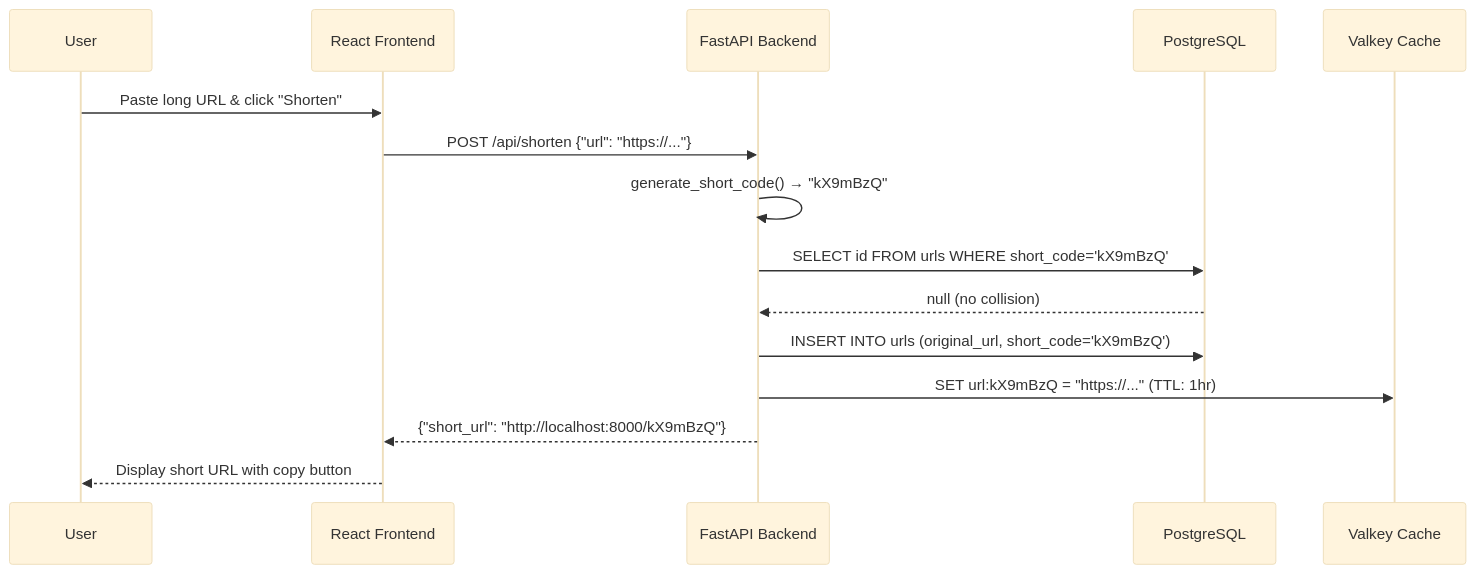
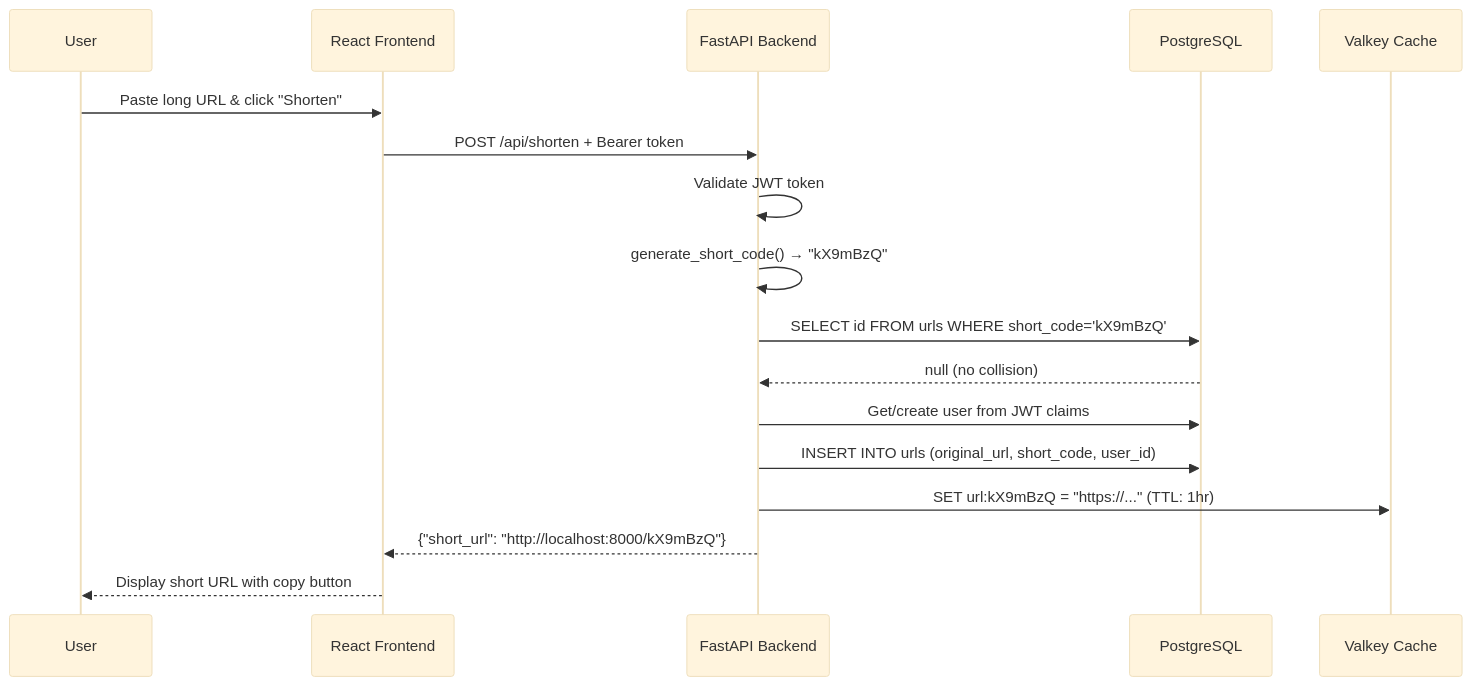
Before and after one commit to arjunraghurama/tiny-url: the third of 5 diagrams in docs/architecture.md, drawn with Mermaid (base theme). The commit also changed other lines of this file and 22 other files, not shown here.

````diff
--- a/docs/architecture.md
+++ b/docs/architecture.md
@@ -38,18 +68,20 @@
 ```mermaid
 sequenceDiagram
     participant U as User
     participant R as React Frontend
     participant F as FastAPI Backend
     participant P as PostgreSQL
     participant V as Valkey Cache
 
     U->>R: Paste long URL & click "Shorten"
-    R->>F: POST /api/shorten {"url": "https://..."}
+    R->>F: POST /api/shorten + Bearer token
+    F->>F: Validate JWT token
     F->>F: generate_short_code() → "kX9mBzQ"
     F->>P: SELECT id FROM urls WHERE short_code='kX9mBzQ'
     P-->>F: null (no collision)
-    F->>P: INSERT INTO urls (original_url, short_code='kX9mBzQ')
+    F->>P: Get/create user from JWT claims
+    F->>P: INSERT INTO urls (original_url, short_code, user_id)
     F->>V: SET url:kX9mBzQ = "https://..." (TTL: 1hr)
     F-->>R: {"short_url": "http://localhost:8000/kX9mBzQ"}
     R-->>U: Display short URL with copy button
 ```
````
